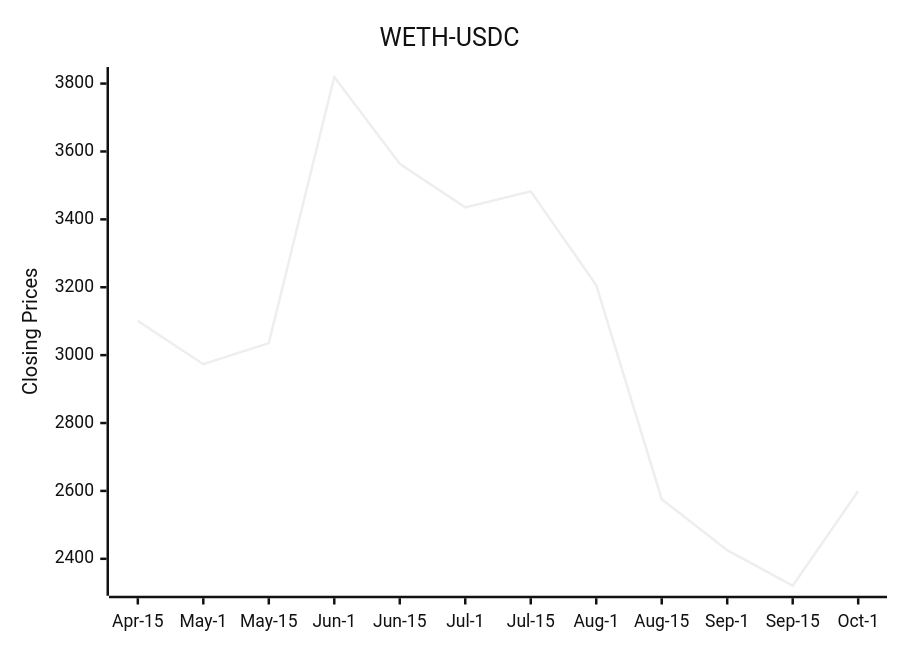
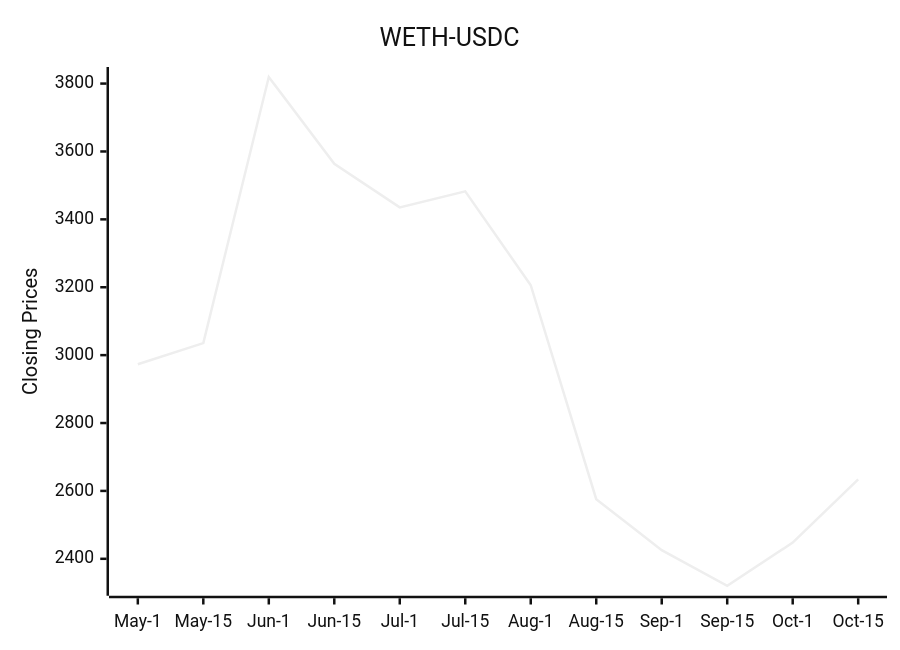
Before and after one commit to bicced/ReadmeCryptoPriceChart: the diagram in README.md, drawn with Mermaid (neutral theme).

Commit message:
Update README with latest DEX data

````diff
--- a/README.md
+++ b/README.md
@@ -6,7 +6,7 @@
 ```mermaid
 xychart-beta
   title "WETH-USDC"
-  x-axis [Apr-15,May-1,May-15,Jun-1,Jun-15,Jul-1,Jul-15,Aug-1,Aug-15,Sep-1,Sep-15,Oct-1]
+  x-axis [May-1,May-15,Jun-1,Jun-15,Jul-1,Jul-15,Aug-1,Aug-15,Sep-1,Sep-15,Oct-1,Oct-15]
   y-axis "Closing Prices" 2320.61761915807 --> 3819.38075388494
-  line [3100.95426847415,2973.3332502791,3035.35925312099,3819.38075388494,3563.50423684803,3435.37304391752,3482.40990196361,3205.99009674922,2575.67729986359,2425.60361929393,2320.61761915807,2599.58105992558]
+  line [2973.3332502791,3035.35925312099,3819.38075388494,3563.50423684803,3435.37304391752,3482.40990196361,3205.99009674922,2575.67729986359,2425.60361929393,2320.61761915807,2447.67403957906,2634.19078075187]
 ```
````
